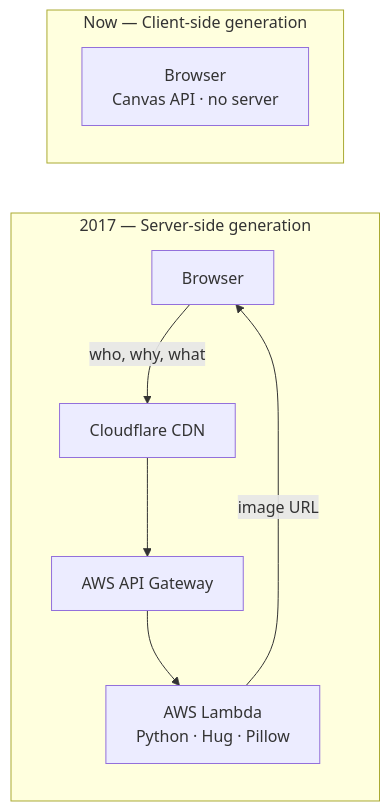
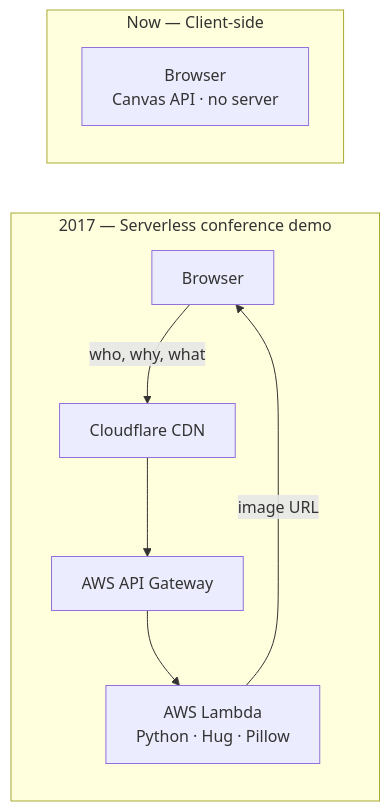
One commit to khawkins98/xkcd-excuse-generator-client changed the diagram in README.md. Above: the diagram before and after it, drawn with Mermaid. The commit also changed other lines of this file and 1 other file, not shown here.

````diff
--- a/README.md
+++ b/README.md
@@ -21,13 +43,13 @@
 ```mermaid
 flowchart LR
-    subgraph then["2017 — Server-side generation"]
+    subgraph then["2017 — Serverless conference demo"]
         B1[Browser] -->|"who, why, what"| C1[Cloudflare CDN]
         C1 --> D1[AWS API Gateway]
         D1 --> E1["AWS Lambda\nPython · Hug · Pillow"]
         E1 -->|"image URL"| B1
     end
 
-    subgraph now["Now — Client-side generation"]
+    subgraph now["Now — Client-side"]
         B2["Browser\nCanvas API · no server"]
     end
 ```
````
